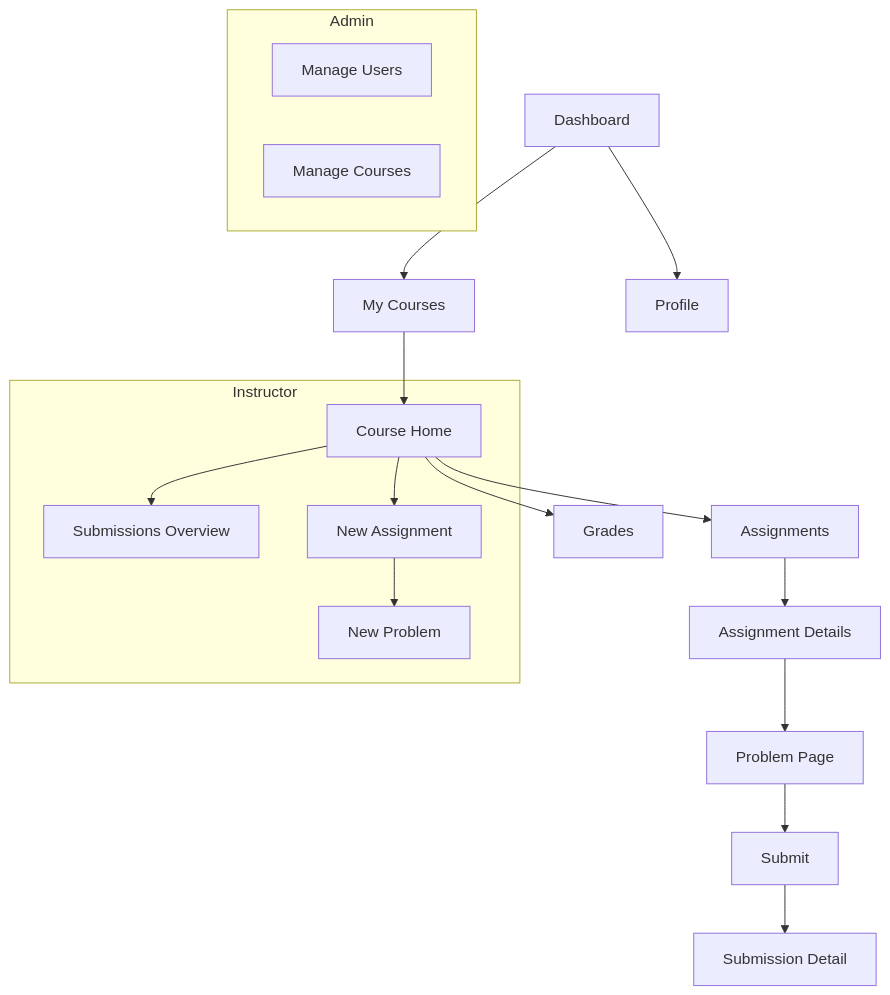
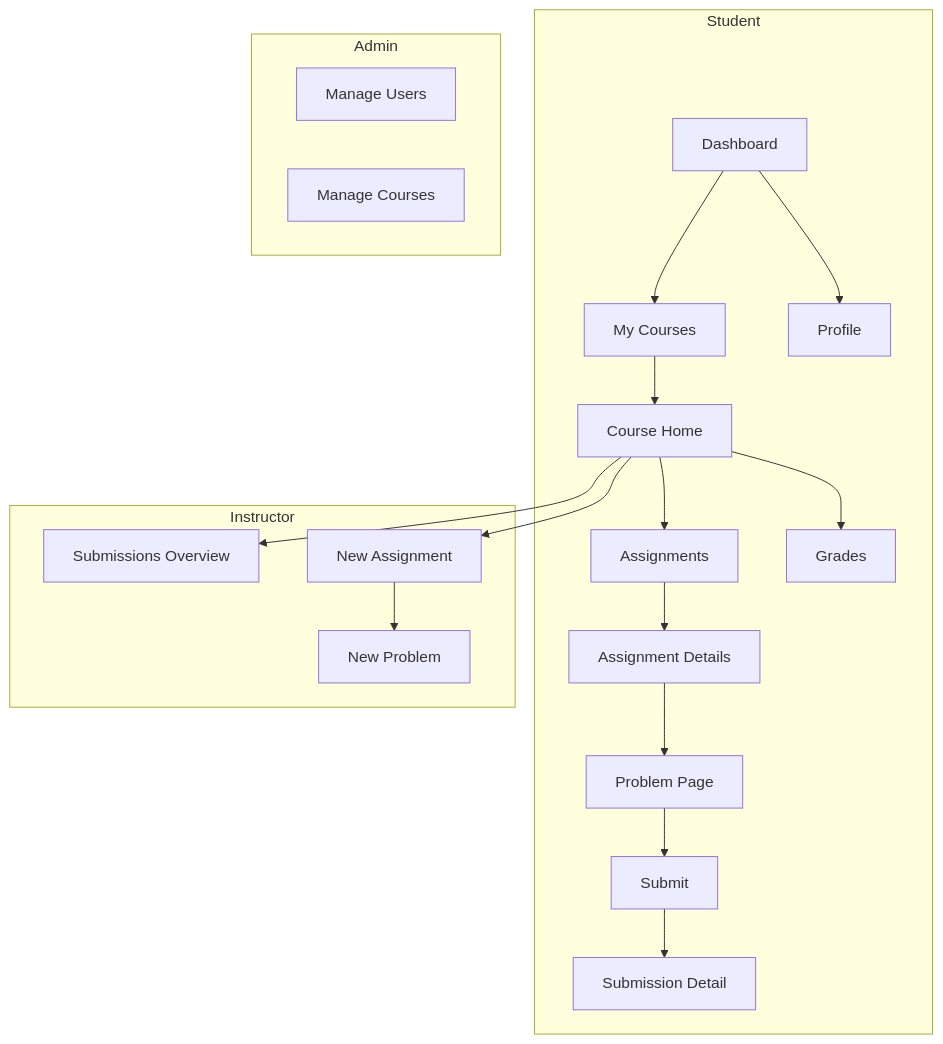
Before and after one commit to natew100/f25-cisc474-individual: the diagram in apps/docs/public/sitemap.md, drawn with Mermaid. The commit also changed 4 other files, not shown here.

````diff
--- a/apps/docs/public/sitemap.md
+++ b/apps/docs/public/sitemap.md
@@ -3,24 +3,40 @@
 ```mermaid
 flowchart TD
-    A[Dashboard] --> B[My Courses]
-    B --> C[Course Home]
-    C --> D[Assignments]
-    D --> E[Assignment Details]
-    E --> F[Problem Page]
-    F --> G[Submit]
-    G --> H[Submission Detail]
-    C --> I[Grades]
+    subgraph Student
+    %% student-facing view %%
+      A[Dashboard] --> B[My Courses]
+      %% entry point is the dashboard %%
+      B --> C[Course Home]
+      %% list of enrolled courses %%
+      C --> D[Assignments]
+      %% all assignments for the courses %%
+      D --> E[Assignment Details]
+      %% description, problems, due date %%
+      E --> F[Problem Page]
+      %% instructions + workspace %%
+      F --> G[Submit]
+      %% submission page to turn in the work %%
+      G --> H[Submission Detail]
+      %% view feedback, grade, assignment history, etc %%
+      C --> I[Grades]
+      %% overall gradebook for the student %%
+      A --> O[Profile]
+      %% personal info, settings %%
+    end
 
     subgraph Instructor
+    %% instructor view %%
       C --> J[Submissions Overview]
+      %% view submissions for all courses, students, etc %%
       C --> K[New Assignment]
+      %% create and assign assignment for a course %%
       K --> L[New Problem]
+      %% while creating an assignment, instructors can add problems/questions %%
     end
 
     subgraph Admin
+    %% admin panel - full level overview for managing courses and users %%
       M[Manage Users]
       N[Manage Courses]
     end
-
-    A --> O[Profile]
 ```
````
